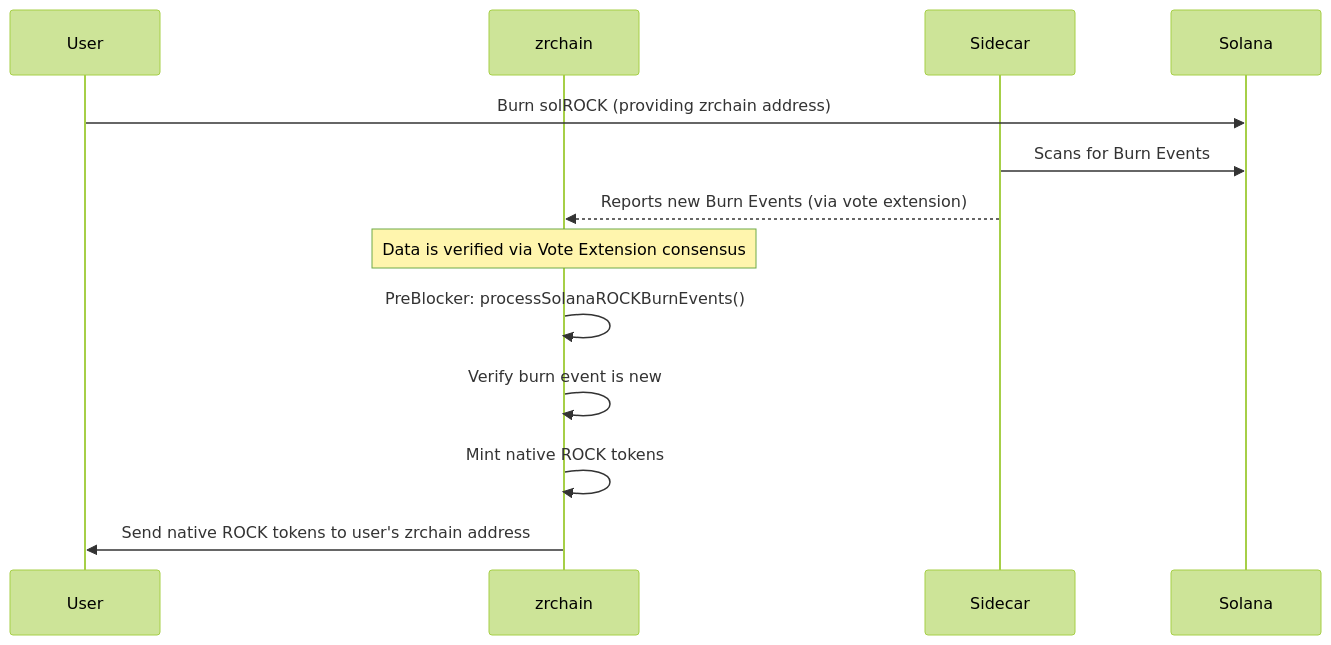
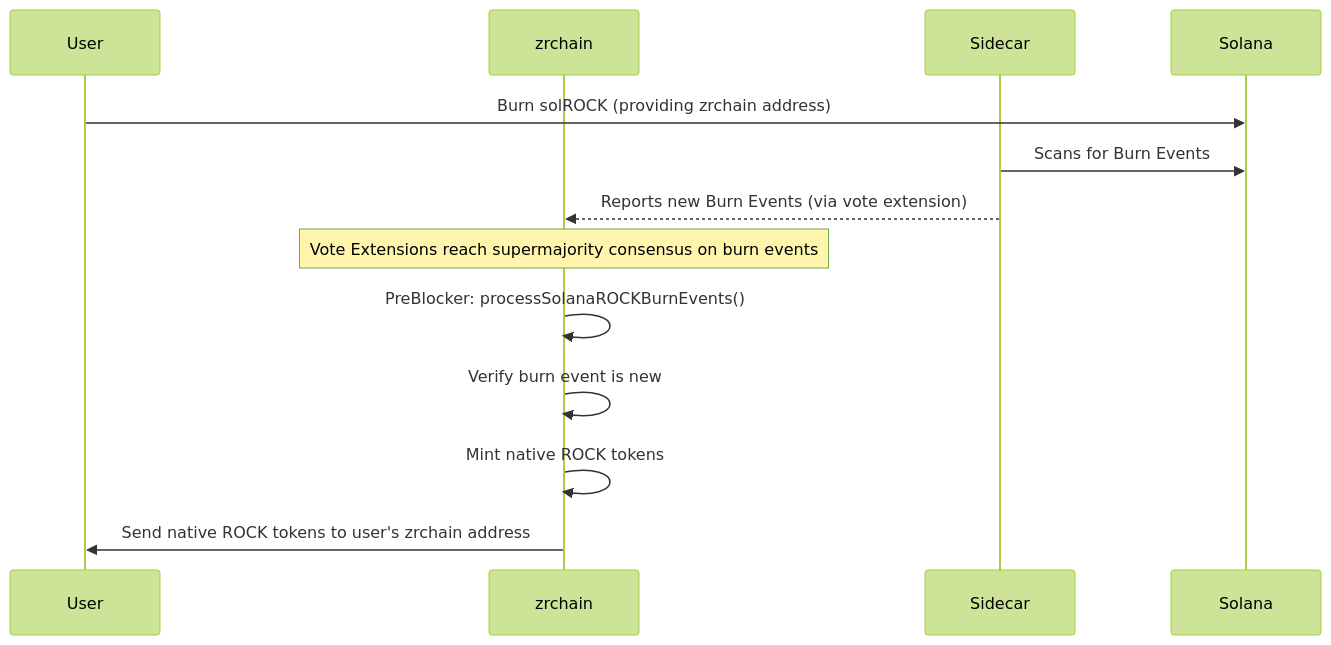
One commit to zenrocklabs/zrchain changed the fourth of 4 diagrams in docs/README.md. Above: the diagram before and after it, drawn with Mermaid (forest theme). The commit also changed other lines of this file, not shown here.

````diff
--- a/docs/README.md
+++ b/docs/README.md
@@ -208,17 +257,17 @@
 ```mermaid
 sequenceDiagram
     participant User
     participant zrchain
     participant Sidecar
     participant Solana
 
     User->>Solana: Burn solROCK (providing zrchain address)
     Sidecar->>Solana: Scans for Burn Events
     Sidecar-->>zrchain: Reports new Burn Events (via vote extension)
-    Note over zrchain: Data is verified via Vote Extension consensus
+    Note over zrchain: Vote Extensions reach supermajority consensus on burn events
 
     zrchain->>zrchain: PreBlocker: processSolanaROCKBurnEvents()
     zrchain->>zrchain: Verify burn event is new
     zrchain->>zrchain: Mint native ROCK tokens
     zrchain->>User: Send native ROCK tokens to user's zrchain address
 ```
````
